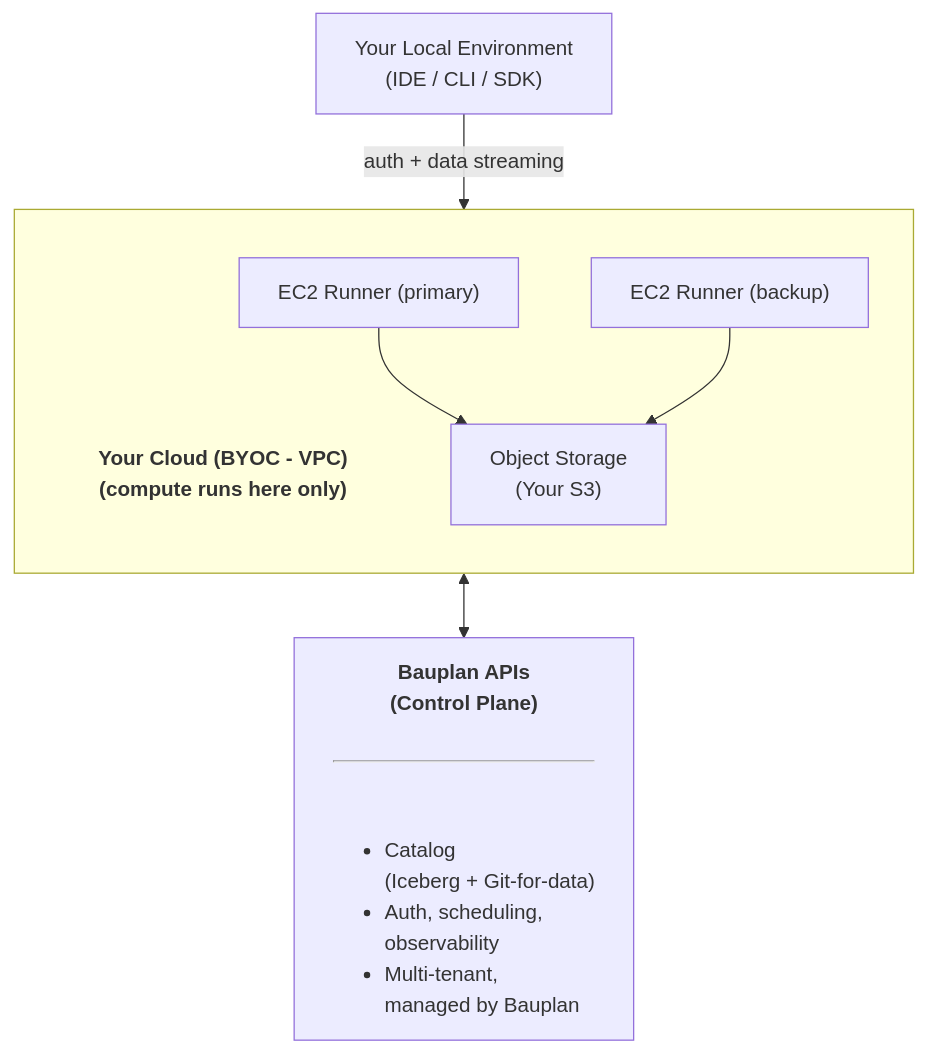
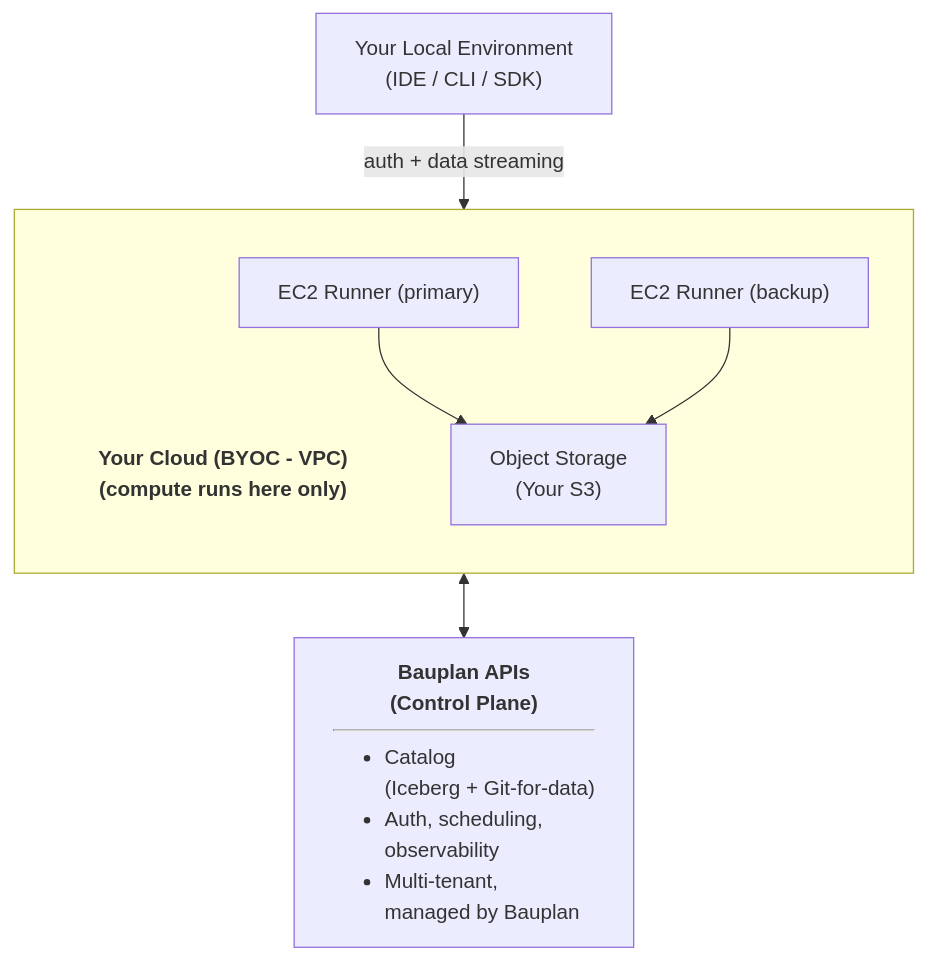
Before and after one commit to BauplanLabs/bauplan: the second of 2 diagrams in docs/pages/overview/deployment.mdx, drawn with Mermaid. The commit also changed other lines of this file and 1 other file, not shown here.

First line of the commit message:
docs: update mermaid diagram syntax for mermaid 11.16

````diff
--- a/docs/pages/overview/deployment.mdx
+++ b/docs/pages/overview/deployment.mdx
@@ -43,24 +49,22 @@
 ```mermaid
 flowchart TB
     A["Your Local Environment<br/>(IDE / CLI / SDK)"]
 
     A -->|"auth + data streaming"| B
 
     subgraph B[" "]
         direction TB
         BTitle["<b>Your Cloud (BYOC - VPC)<br/>(compute runs here only)</b>"]
         C["EC2 Runner (primary)"]
         D["EC2 Runner (backup)"]
         E["Object Storage<br/>(Your S3)"]
         C --> E
         D --> E
     end
 
     B <--> F
 
-    F["<b>Bauplan APIs</br>(Control Plane)</b>
-    <hr class='mermaid' /><ul style='margin:0px; text-align:left;'>
-    <li style="white-space: nowrap;">Catalog</br>(Iceberg + Git-for-data)</li><li>Auth, scheduling, observability</li><li>Multi-tenant, managed by Bauplan</li></ul>"]
+    F["<b>Bauplan APIs</br>(Control Plane)</b><hr class='mermaid' /><ul style='margin:0px; text-align:left;'><li style="white-space: nowrap;">Catalog</br>(Iceberg + Git-for-data)</li><li>Auth, scheduling, observability</li><li>Multi-tenant, managed by Bauplan</li></ul>"]
 
     style BTitle fill:none,stroke:none
 ```
````
